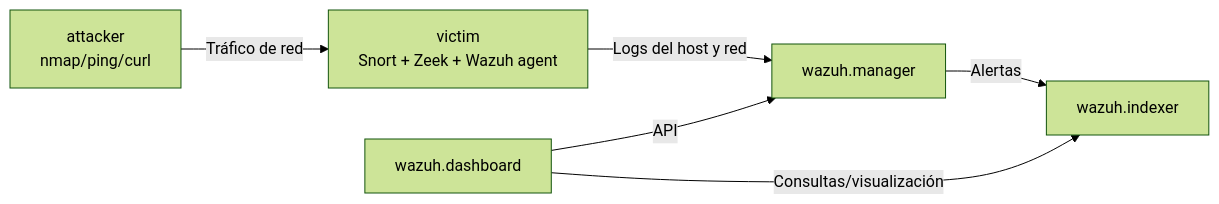
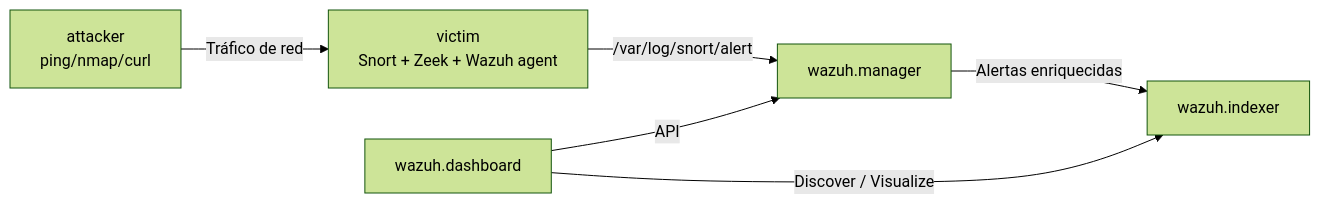
The diagram in README.md (YIboupm/SIEM), drawn with Mermaid (forest theme) before and after one commit. The commit also changed other lines of this file and 7 other files, not shown here.

````diff
--- a/README.md
+++ b/README.md
@@ -14,8 +22,8 @@
 ```mermaid
 flowchart LR
-    A[attacker<br/>nmap/ping/curl] -->|Tráfico de red| V[victim<br/>Snort + Zeek + Wazuh agent]
-    V -->|Logs del host y red| M[wazuh.manager]
-    M -->|Alertas| I[wazuh.indexer]
-    D[wazuh.dashboard] -->|Consultas/visualización| I
+    A[attacker<br/>ping/nmap/curl] -->|Tráfico de red| V[victim<br/>Snort + Zeek + Wazuh agent]
+    V -->|/var/log/snort/alert| M[wazuh.manager]
+    M -->|Alertas enriquecidas| I[wazuh.indexer]
+    D[wazuh.dashboard] -->|Discover / Visualize| I
     D -->|API| M
 ```
````
